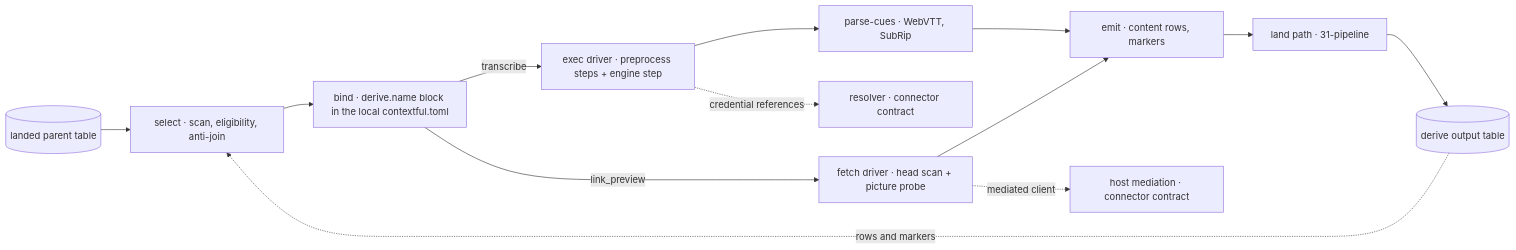
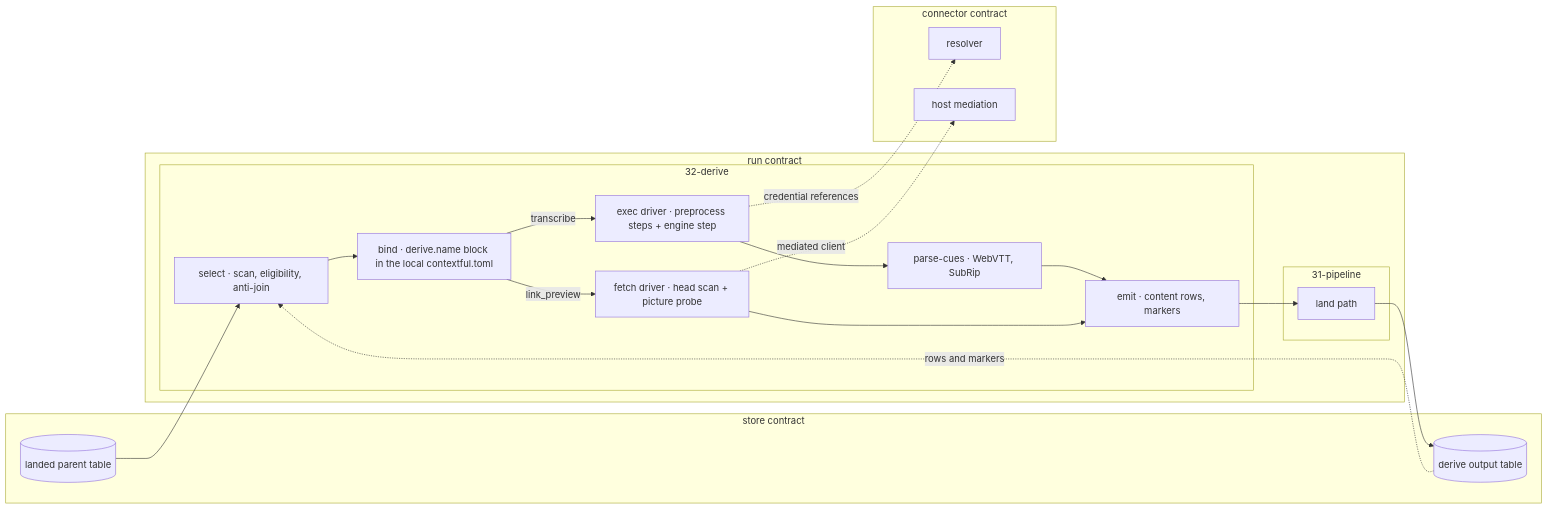
One commit to fractalboxdev/contextful changed the first of 4 diagrams in spec/32-derive.md. Above: the diagram before and after it, drawn with Mermaid. The commit also changed other lines of this file and 33 other files, not shown here.

Commit message:
spec: diagrams draw contracts, parties and trust zones as containers; a node standing for one is refused

````diff
--- a/spec/32-derive.md
+++ b/spec/32-derive.md
@@ -22,15 +22,36 @@
 ```mermaid
 flowchart LR
-  PT[("landed parent table")] --> SEL["select · scan, eligibility, anti-join"]
-  OUT[("derive output table")] -.->|"rows and markers"| SEL
-  SEL --> BIND["bind · derive.name block in the local contextful.toml"]
-  BIND -->|transcribe| EXEC["exec driver · preprocess steps + engine step"]
-  BIND -->|link_preview| FETCH["fetch driver · head scan + picture probe"]
-  EXEC --> PC["parse-cues · WebVTT, SubRip"]
-  PC --> EMIT["emit · content rows, markers"]
+  subgraph STORE["store contract"]
+    PT[("landed parent table")]
+    OUT[("derive output table")]
+  end
+  subgraph RUNC["run contract"]
+    subgraph DER["32-derive"]
+      SEL["select · scan, eligibility, anti-join"]
+      BIND["bind · derive.name block in the local contextful.toml"]
+      EXEC["exec driver · preprocess steps + engine step"]
+      FETCH["fetch driver · head scan + picture probe"]
+      PC["parse-cues · WebVTT, SubRip"]
+      EMIT["emit · content rows, markers"]
+    end
+    subgraph PIPE["31-pipeline"]
+      LAND["land path"]
+    end
+  end
+  subgraph CONN["connector contract"]
+    RES["resolver"]
+    MED["host mediation"]
+  end
+  PT --> SEL
+  OUT -.->|"rows and markers"| SEL
+  SEL --> BIND
+  BIND -->|transcribe| EXEC
+  BIND -->|link_preview| FETCH
+  EXEC --> PC
+  PC --> EMIT
   FETCH --> EMIT
-  EMIT --> LAND["land path · 31-pipeline"]
+  EMIT --> LAND
   LAND --> OUT
-  EXEC -.->|"credential references"| RES["resolver · connector contract"]
-  FETCH -.->|"mediated client"| MED["host mediation · connector contract"]
+  EXEC -.->|"credential references"| RES
+  FETCH -.->|"mediated client"| MED
 ```
````
